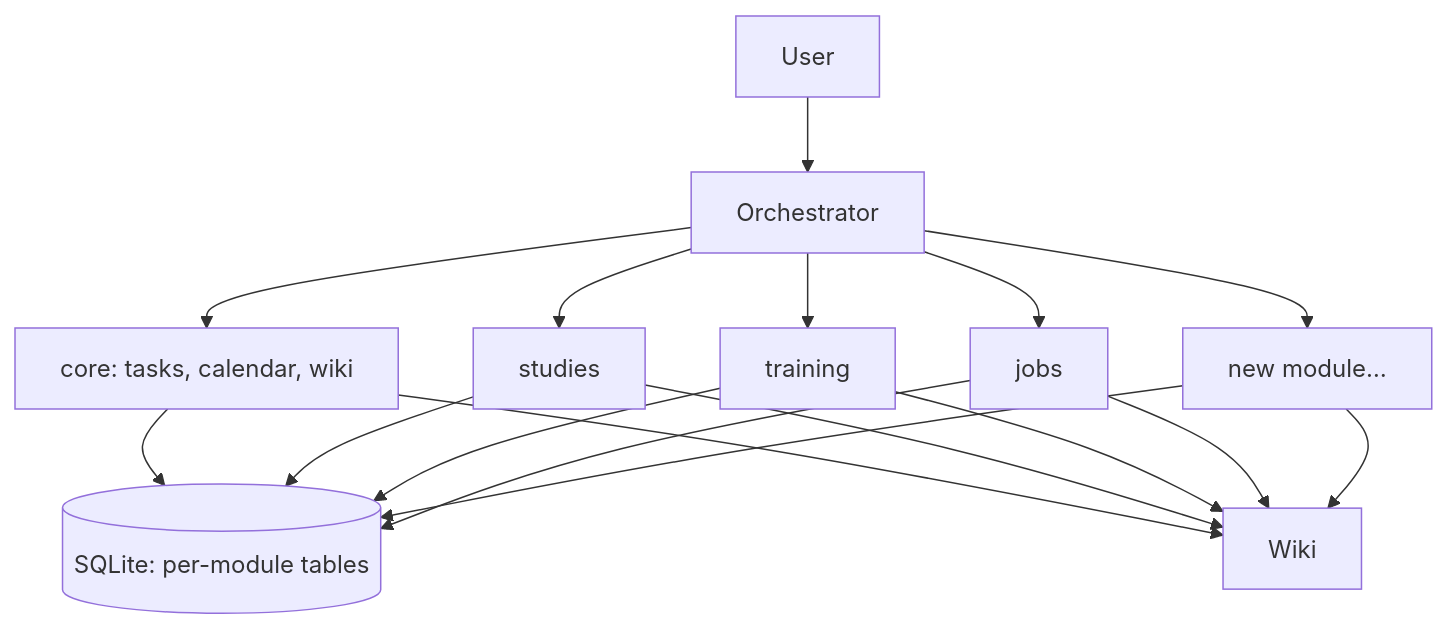
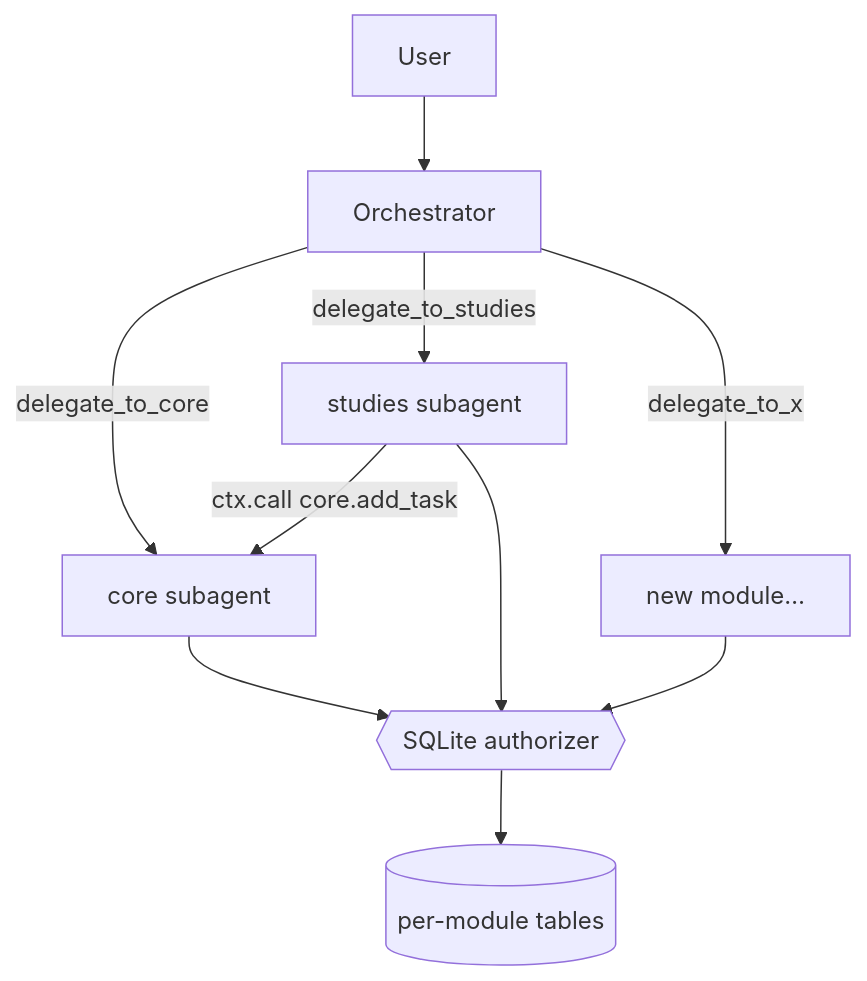
The second of 2 diagrams in docs/ARCHITECTURE.md (MarcosExp/secretary-llm), drawn with Mermaid before and after one commit. The commit also changed other lines of this file and 42 other files, not shown here.

Commit message:
Phase 2: agent loop, module system with SQLite-enforced access, subscription and API runners

````diff
--- a/docs/ARCHITECTURE.md
+++ b/docs/ARCHITECTURE.md
@@ -132,11 +131,10 @@
 ```mermaid
 flowchart TB
     U[User] --> O[Orchestrator]
-    O --> C[core: tasks, calendar, wiki]
-    O --> E[studies]
-    O --> T[training]
-    O --> J[jobs]
-    O --> X[new module…]
-    C & E & T & J & X --> K[(SQLite: per-module tables)]
-    C & E & T & J & X --> W[Wiki]
+    O -- delegate_to_core --> C[core subagent]
+    O -- delegate_to_studies --> E[studies subagent]
+    O -- delegate_to_x --> X[new module…]
+    E -- ctx.call core.add_task --> C
+    C & E & X --> G{{SQLite authorizer}}
+    G --> K[(per-module tables)]
 ```
````
